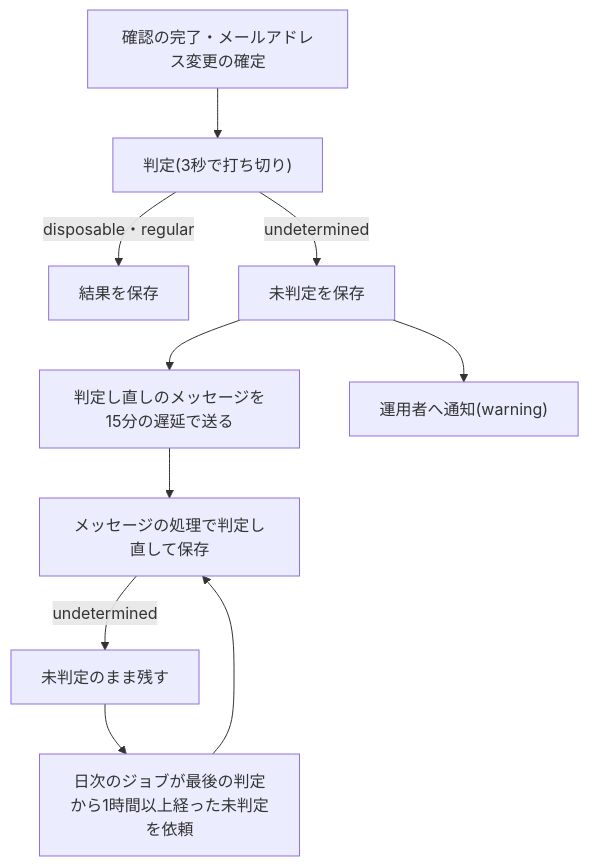
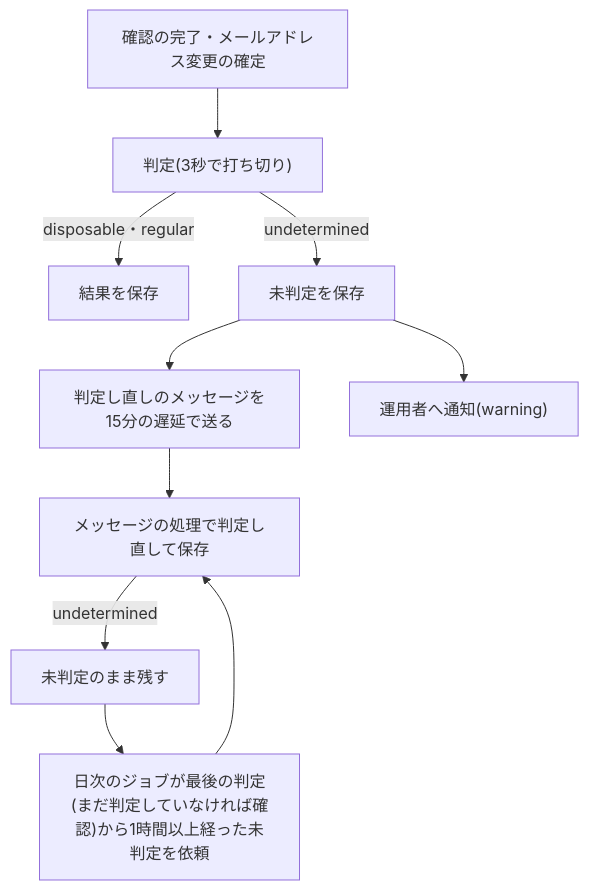
Before and after one commit to kurachiweb/genai-example-2-launch-platform: the diagram in docs/GUIDES/tech/external/005-disposable-email-check.md, drawn with Mermaid. The commit also changed other lines of this file and 12 other files, not shown here.

````diff
--- a/docs/GUIDES/tech/external/005-disposable-email-check.md
+++ b/docs/GUIDES/tech/external/005-disposable-email-check.md
@@ -88,12 +88,12 @@
 ```mermaid
 flowchart TD
   A["確認の完了・メールアドレス変更の確定"] --> B["判定(3秒で打ち切り)"]
   B -->|disposable・regular| C["結果を保存"]
   B -->|undetermined| D["未判定を保存"]
   D --> E["判定し直しのメッセージを15分の遅延で送る"]
   D --> F["運用者へ通知(warning)"]
   E --> G["メッセージの処理で判定し直して保存"]
   G -->|undetermined| H["未判定のまま残す"]
-  H --> I["日次のジョブが最後の判定から1時間以上経った未判定を依頼"]
+  H --> I["日次のジョブが最後の判定(まだ判定していなければ確認)から1時間以上経った未判定を依頼"]
   I --> G
 ```
````
